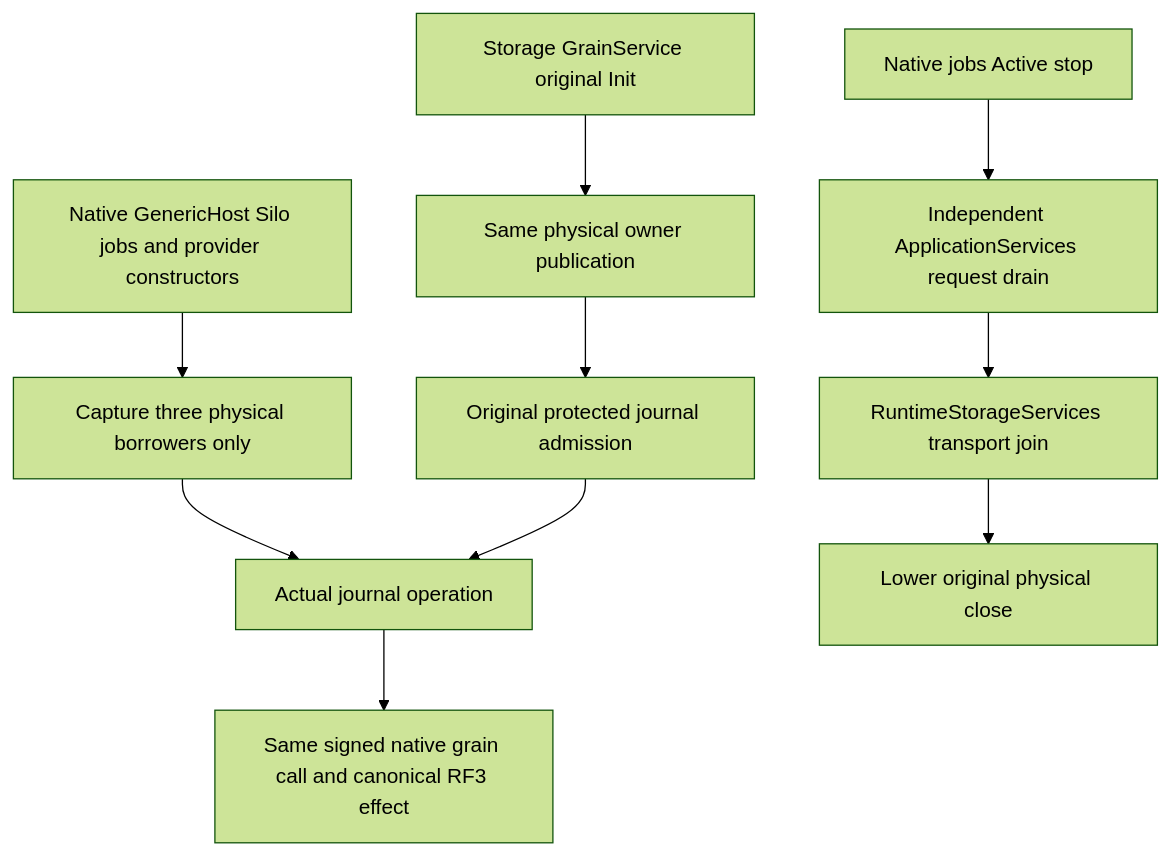
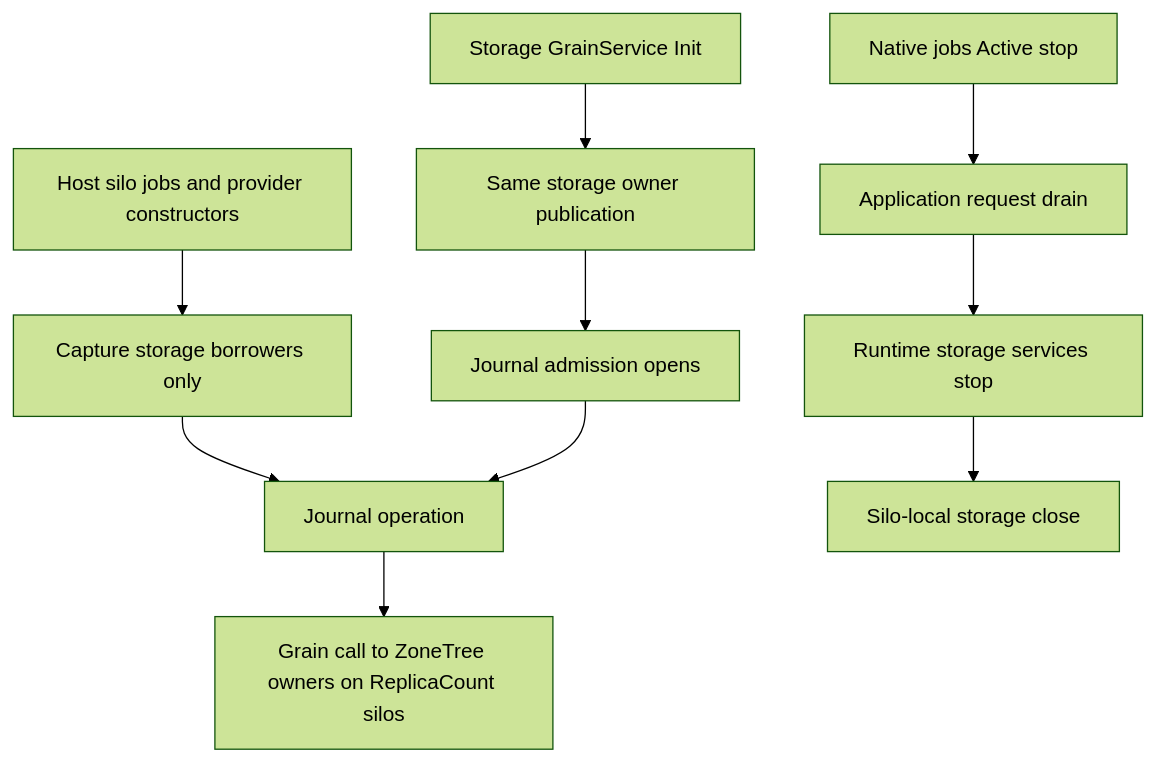
Before and after one commit to managedcode/KeyLoad: the diagram in docs/Features/ClusterRouting/NativeRuntimeJournalLifetime.md, drawn with Mermaid (forest theme). The commit also changed other lines of this file and 7356 other files, not shown here.

First line of the commit message:
Replace custom consensus with native Orleans storage services

````diff
--- a/docs/Features/ClusterRouting/NativeRuntimeJournalLifetime.md
+++ b/docs/Features/ClusterRouting/NativeRuntimeJournalLifetime.md
@@ -40,12 +12,12 @@
 ```mermaid
 flowchart TD
-  Constructors[Native GenericHost Silo jobs and provider constructors] --> Deferred[Capture three physical borrowers only]
-  NativeInit[Storage GrainService original Init] --> Published[Same physical owner publication]
-  Published --> Admission[Original protected journal admission]
-  Deferred --> Operation[Actual journal operation]
+  Constructors[Host silo jobs and provider constructors] --> Deferred[Capture storage borrowers only]
+  NativeInit[Storage GrainService Init] --> Published[Same storage owner publication]
+  Published --> Admission[Journal admission opens]
+  Deferred --> Operation[Journal operation]
   Admission --> Operation
-  Operation --> RF3[Same signed native grain call and canonical RF3 effect]
-  JobsStop[Native jobs Active stop] --> RequestsStop[Independent ApplicationServices request drain]
-  RequestsStop --> Transport[RuntimeStorageServices transport join]
-  Transport --> Close[Lower original physical close]
+  Operation --> Write[Grain call to ZoneTree owners on ReplicaCount silos]
+  JobsStop[Native jobs Active stop] --> RequestsStop[Application request drain]
+  RequestsStop --> Storage[Runtime storage services stop]
+  Storage --> Close[Silo-local storage close]
 ```
````
